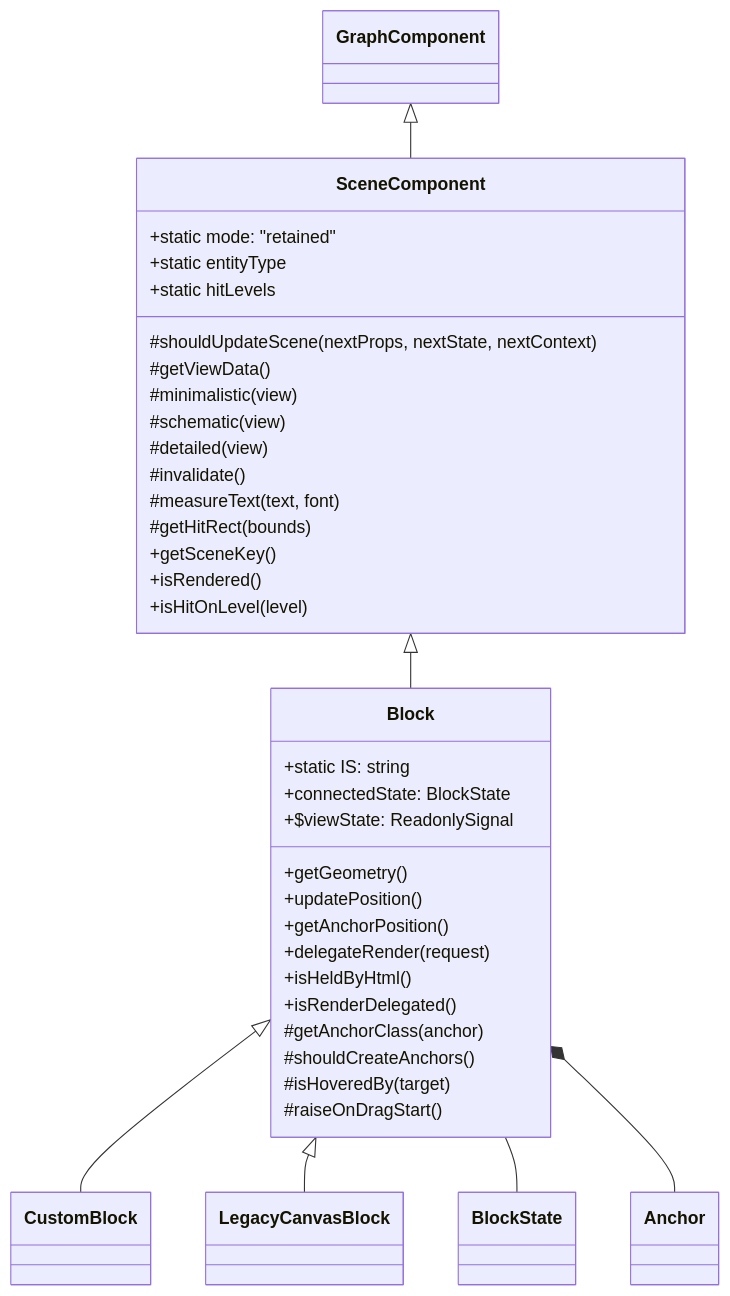
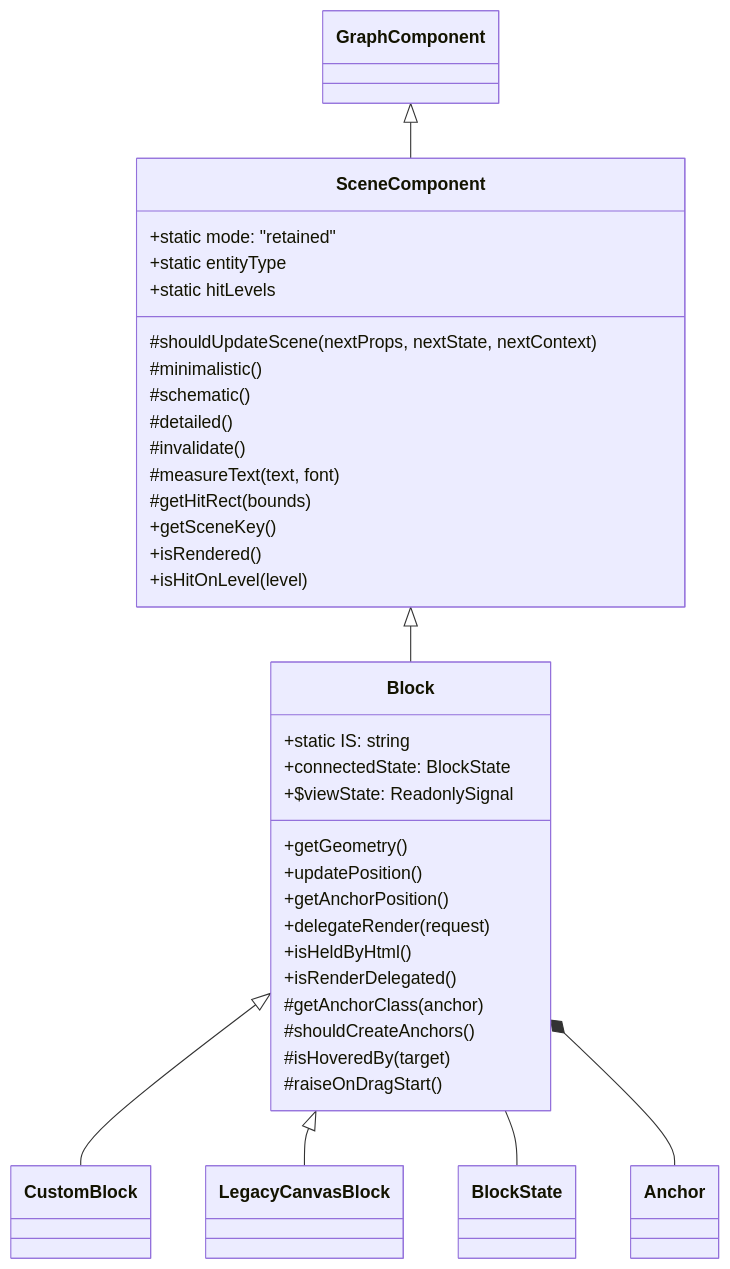
Before and after one commit to gravity-ui/graph: the diagram in packages/graph/docs/components/block-component.md, drawn with Mermaid. The commit also changed other lines of this file and 38 other files, not shown here.

Commit message:
refactor(graph): remove scene view projections

````diff
--- a/packages/graph/docs/components/block-component.md
+++ b/packages/graph/docs/components/block-component.md
@@ -8,42 +8,41 @@
 ```mermaid
 classDiagram
     GraphComponent <|-- SceneComponent
     SceneComponent <|-- Block
     Block <|-- CustomBlock
     Block <|-- LegacyCanvasBlock
     Block -- BlockState
     Block *-- Anchor
 
     class SceneComponent {
         +static mode: "retained"
         +static entityType
         +static hitLevels
         #shouldUpdateScene(nextProps, nextState, nextContext)
-        #getViewData()
-        #minimalistic(view)
-        #schematic(view)
-        #detailed(view)
+        #minimalistic()
+        #schematic()
+        #detailed()
         #invalidate()
         #measureText(text, font)
         #getHitRect(bounds)
         +getSceneKey()
         +isRendered()
         +isHitOnLevel(level)
     }
 
     class Block {
         +static IS: string
         +connectedState: BlockState
         +$viewState: ReadonlySignal
         +getGeometry()
         +updatePosition()
         +getAnchorPosition()
         +delegateRender(request)
         +isHeldByHtml()
         +isRenderDelegated()
         #getAnchorClass(anchor)
         #shouldCreateAnchors()
         #isHoveredBy(target)
         #raiseOnDragStart()
     }
 ```
````
